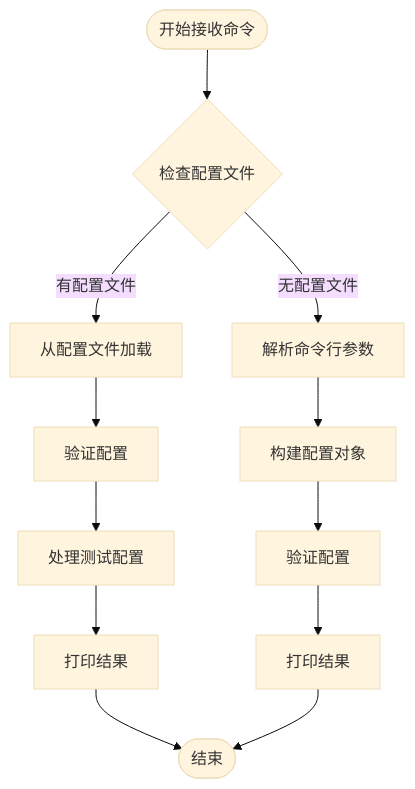
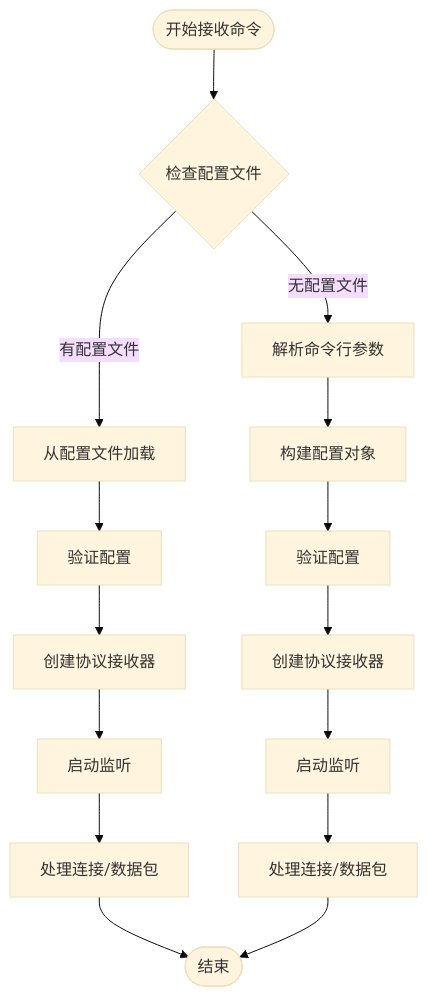
One commit to yanzhen74/ping-x changed the fifth of 10 diagrams in .qoder/repowiki/zh/content/开发者指南.md. Above: the diagram before and after it, drawn with Mermaid (base theme). The commit also changed other lines of this file and 16 other files, not shown here.

````diff
--- a/.qoder/repowiki/zh/content/开发者指南.md
+++ b/.qoder/repowiki/zh/content/开发者指南.md
@@ -203,14 +273,17 @@
 ```mermaid
 flowchart TD
 Start([开始接收命令]) --> CheckConfig{"检查配置文件"}
 CheckConfig --> |有配置文件| LoadFromConfig["从配置文件加载"]
 CheckConfig --> |无配置文件| ParseFlags["解析命令行参数"]
 LoadFromConfig --> ValidateConfig["验证配置"]
-ValidateConfig --> ProcessTests["处理测试配置"]
-ProcessTests --> PrintResults["打印结果"]
+ValidateConfig --> CreateProtocol["创建协议接收器"]
+CreateProtocol --> StartListen["启动监听"]
 ParseFlags --> BuildConfig["构建配置对象"]
 BuildConfig --> ValidateConfig2["验证配置"]
-ValidateConfig2 --> PrintResults2["打印结果"]
-PrintResults --> End([结束])
-PrintResults2 --> End
+ValidateConfig2 --> CreateProtocol2["创建协议接收器"]
+CreateProtocol2 --> StartListen2["启动监听"]
+StartListen --> HandleConnections["处理连接/数据包"]
+StartListen2 --> HandleConnections2["处理连接/数据包"]
+HandleConnections --> End([结束])
+HandleConnections2 --> End
 ```
````
